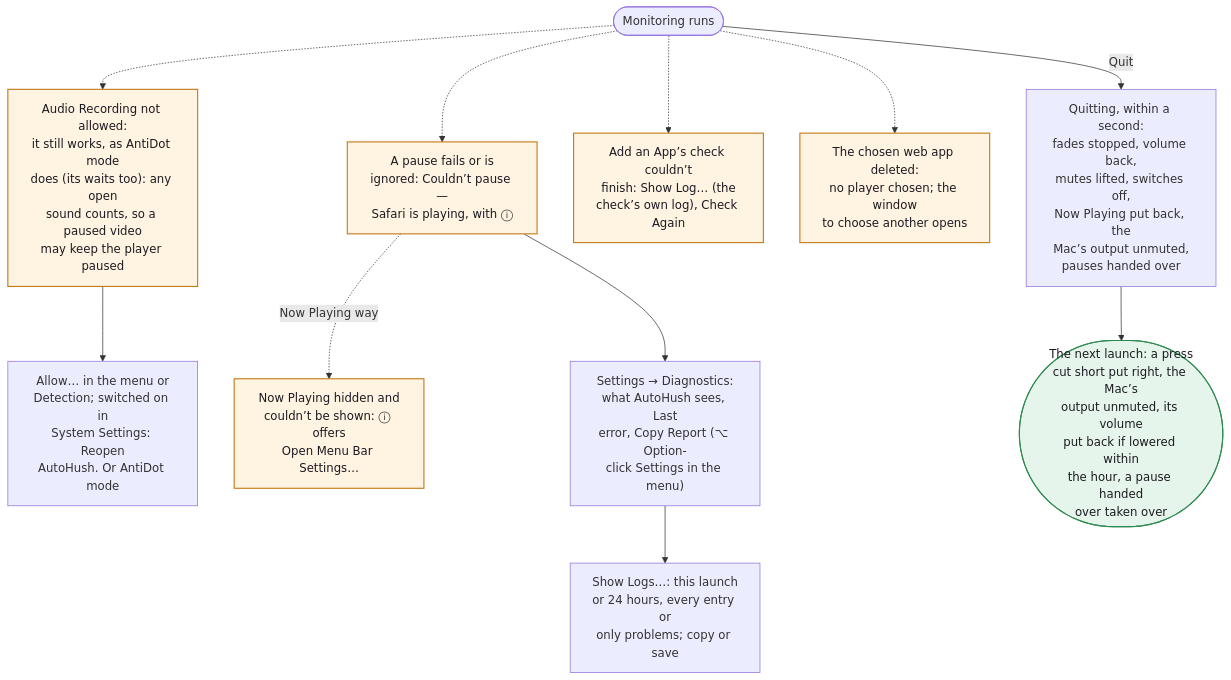
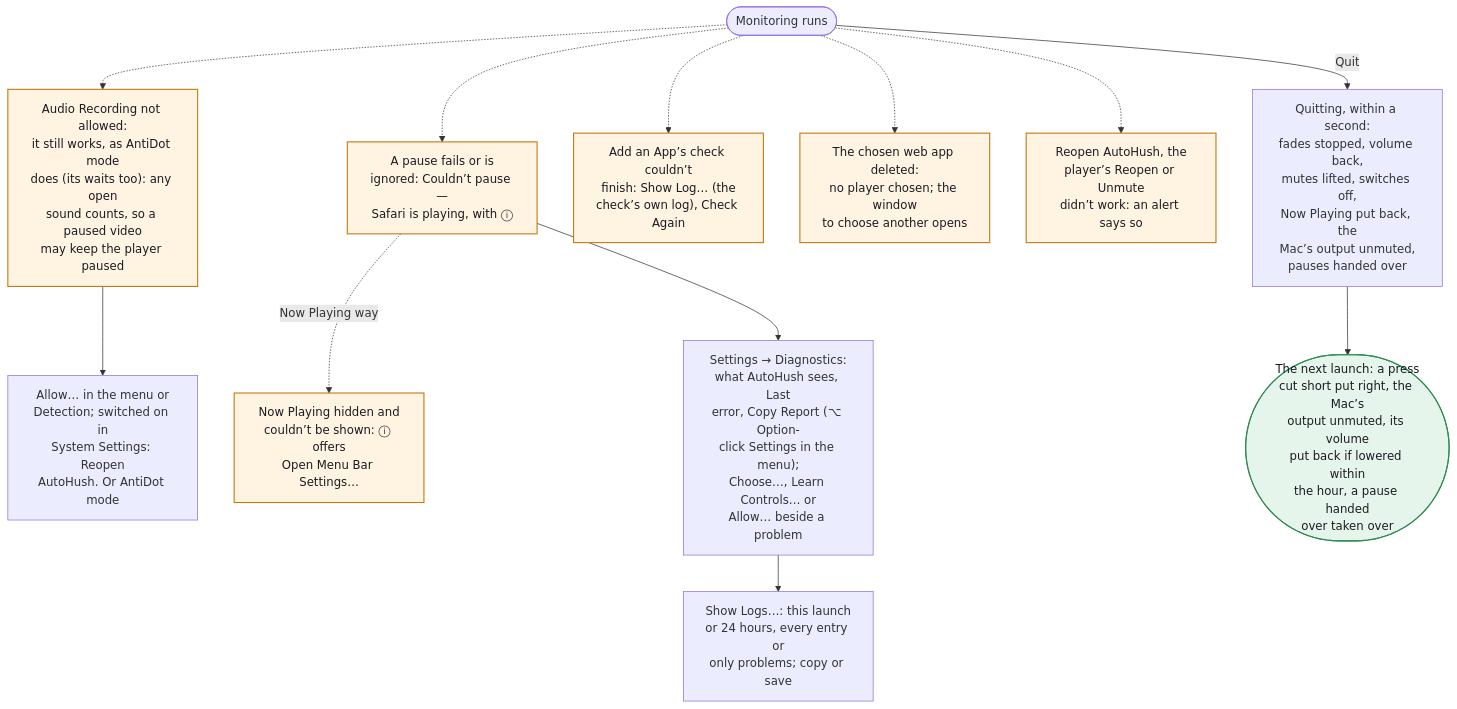
Before and after one commit to hfustercabre/AutoHush: diagram 14 of 14 in WORKFLOWS.md, drawn with Mermaid. The commit also changed other lines of this file and 46 other files, not shown here.

````diff
--- a/WORKFLOWS.md
+++ b/WORKFLOWS.md
@@ -708,27 +708,29 @@
 ```mermaid
 flowchart TD
   R(["Monitoring runs"])
   AUD["Audio Recording not allowed:<br/>it still works, as AntiDot mode<br/>does (its waits too): any open<br/>sound counts, so a paused video<br/>may keep the player paused"]
   AUDF["Allow… in the menu or<br/>Detection; switched on in<br/>System Settings: Reopen<br/>AutoHush. Or AntiDot mode"]
   PF["A pause fails or is<br/>ignored: Couldn’t pause —<br/>Safari is playing, with ⓘ"]
   NPH["Now Playing hidden and<br/>couldn’t be shown: ⓘ offers<br/>Open Menu Bar Settings…"]
-  DIAG["Settings → Diagnostics:<br/>what AutoHush sees, Last<br/>error, Copy Report (⌥ Option-<br/>click Settings in the menu)"]
+  DIAG["Settings → Diagnostics:<br/>what AutoHush sees, Last<br/>error, Copy Report (⌥ Option-<br/>click Settings in the menu);<br/>Choose…, Learn Controls… or<br/>Allow… beside a problem"]
   LOGS["Show Logs…: this launch<br/>or 24 hours, every entry or<br/>only problems; copy or save"]
   CHK["Add an App’s check couldn’t<br/>finish: Show Log… (the<br/>check’s own log), Check Again"]
   DEL["The chosen web app deleted:<br/>no player chosen; the window<br/>to choose another opens"]
+  FAILS["Reopen AutoHush, the<br/>player’s Reopen or Unmute<br/>didn’t work: an alert says so"]
   QUIT["Quitting, within a second:<br/>fades stopped, volume back,<br/>mutes lifted, switches off,<br/>Now Playing put back, the<br/>Mac’s output unmuted,<br/>pauses handed over"]
   NEXT(["The next launch: a press<br/>cut short put right, the Mac’s<br/>output unmuted, its volume<br/>put back if lowered within<br/>the hour, a pause handed<br/>over taken over"])
 
   R -.-> AUD --> AUDF
   R -.-> PF
   PF -.->|"Now Playing way"| NPH
   PF --> DIAG --> LOGS
   R -.-> CHK
   R -.-> DEL
+  R -.-> FAILS
   R -->|"Quit"| QUIT --> NEXT
 
-  class AUD,PF,NPH,CHK,DEL warn
+  class AUD,PF,NPH,CHK,DEL,FAILS warn
   class NEXT done
   classDef warn fill:#fff3e2,stroke:#c47812,stroke-width:1.5px,color:#1d1b22
   classDef done fill:#e6f5eb,stroke:#2f8a50,stroke-width:1.5px,color:#1d1b22
 ```
````
